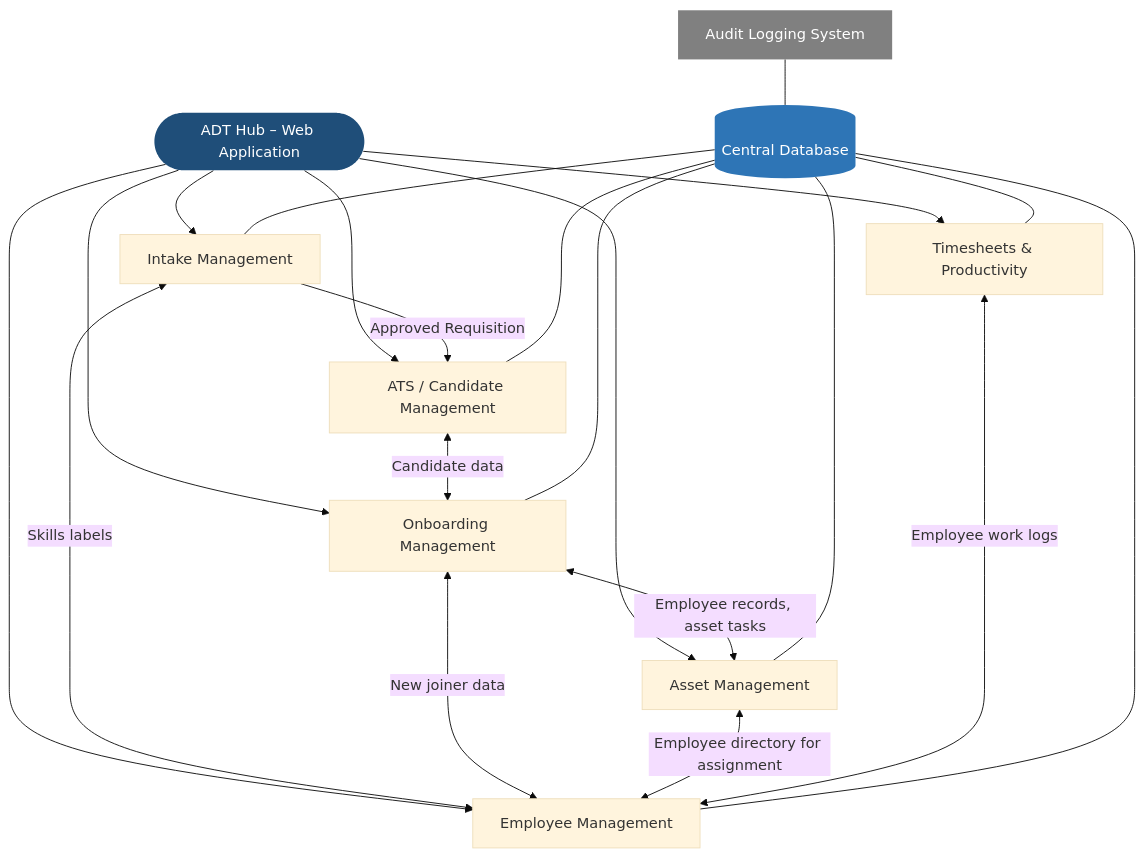
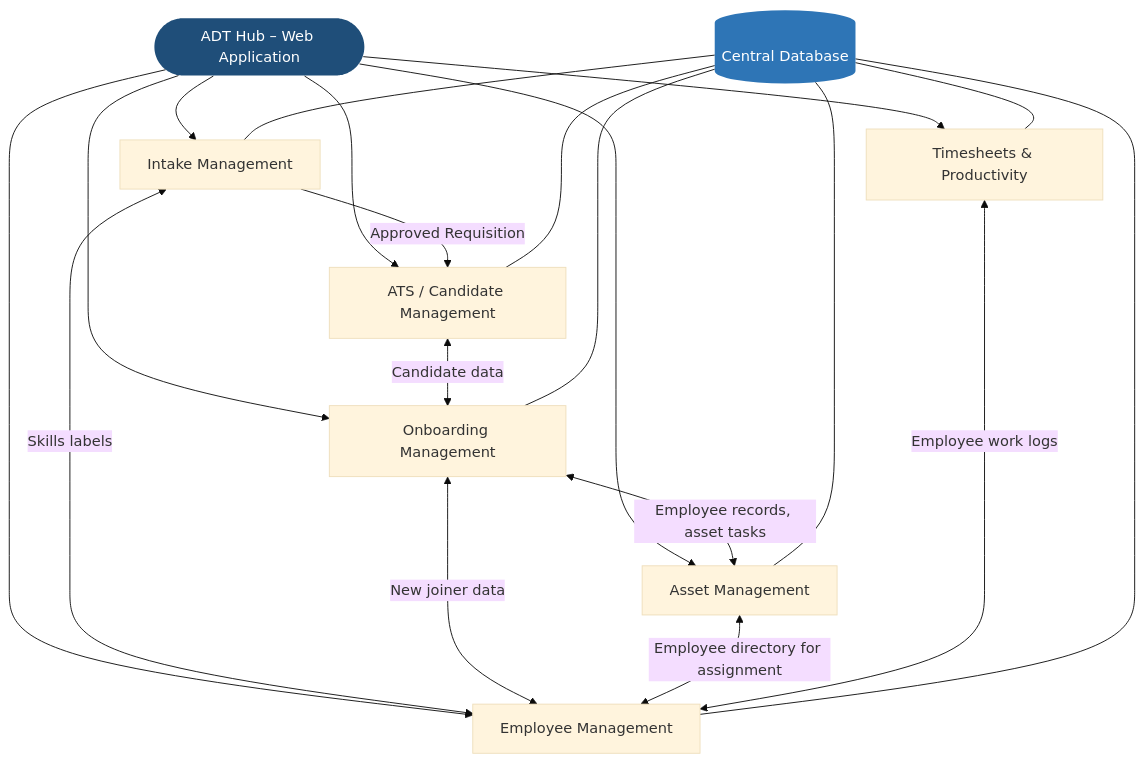
The first of 16 diagrams in docs/ADT_Hub_Spec_Plan.md (ATDawnTech/HubV2), drawn with Mermaid (base theme) before and after one commit. The commit also changed other lines of this file, not shown here.

Commit message:
docs: Reorder Epics 1-6 and remove Audit Logging from spec plan

````diff
--- a/docs/ADT_Hub_Spec_Plan.md
+++ b/docs/ADT_Hub_Spec_Plan.md
@@ -17,30 +17,27 @@
 ```mermaid
 graph TD
     Nav([ADT Hub – Web Application]) --> E1[Intake Management]
     Nav --> E2[ATS / Candidate Management]
     Nav --> E3[Onboarding Management]
     Nav --> E4[Asset Management]
     Nav --> E5[Employee Management]
     Nav --> E6[Timesheets & Productivity]
 
     E1 <-->|Skills labels| E5
     E1 -->|Approved Requisition| E2
     E2 <-->|Candidate data| E3
     E3 <-->|Employee records, asset tasks| E4
     E3 <-->|New joiner data| E5
     E4 <-->|Employee directory for assignment| E5
     E6 <-->|Employee work logs| E5
 
     DB[(Central Database)] --- E1
     DB --- E2
     DB --- E3
     DB --- E4
     DB --- E5
     DB --- E6
-    
-    Audit[Audit Logging System] --- DB
 
     style Nav fill:#1F4E79,color:#fff,stroke:none
     style DB fill:#2E75B6,color:#fff,stroke:none
-    style Audit fill:#808080,color:#fff,stroke:none
 ```
````
